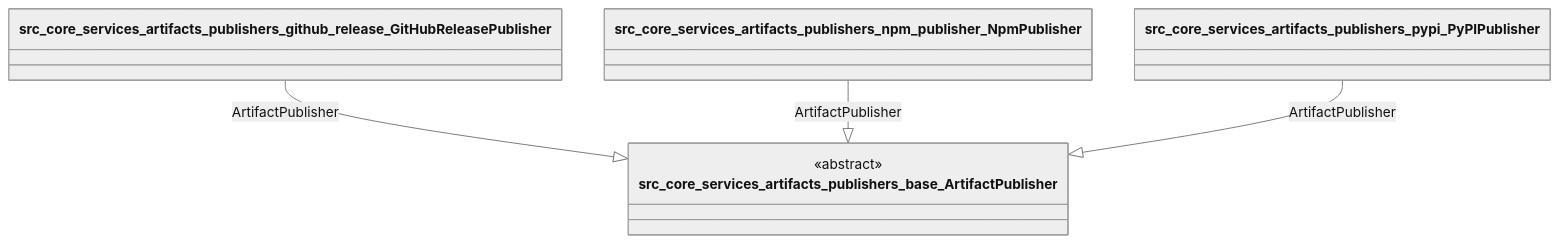
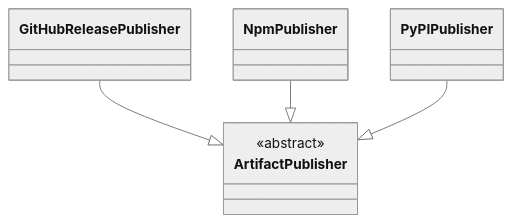
Before and after one commit to cyberpunk042/devops-control-plane: the seventh of 35 diagrams in docs/diagrams/class_architecture.md, drawn with Mermaid (neutral theme). The commit also changed other lines of this file and 3 other files, not shown here.

````diff
--- a/docs/diagrams/class_architecture.md
+++ b/docs/diagrams/class_architecture.md
@@ -286,18 +286,18 @@
 ```mermaid
 classDiagram
     direction TD
 
-    class src_core_services_artifacts_publishers_base_ArtifactPublisher {
+    class ArtifactPublisher {
         <<abstract>>
     }
-    class src_core_services_artifacts_publishers_github_release_GitHubReleasePublisher {
+    class GitHubReleasePublisher {
     }
-    class src_core_services_artifacts_publishers_npm_publisher_NpmPublisher {
+    class NpmPublisher {
     }
-    class src_core_services_artifacts_publishers_pypi_PyPIPublisher {
+    class PyPIPublisher {
     }
 
-    src_core_services_artifacts_publishers_github_release_GitHubReleasePublisher --|> src_core_services_artifacts_publishers_base_ArtifactPublisher : ArtifactPublisher
-    src_core_services_artifacts_publishers_npm_publisher_NpmPublisher --|> src_core_services_artifacts_publishers_base_ArtifactPublisher : ArtifactPublisher
-    src_core_services_artifacts_publishers_pypi_PyPIPublisher --|> src_core_services_artifacts_publishers_base_ArtifactPublisher : ArtifactPublisher
+    GitHubReleasePublisher --|> ArtifactPublisher
+    NpmPublisher --|> ArtifactPublisher
+    PyPIPublisher --|> ArtifactPublisher
 ```
````
